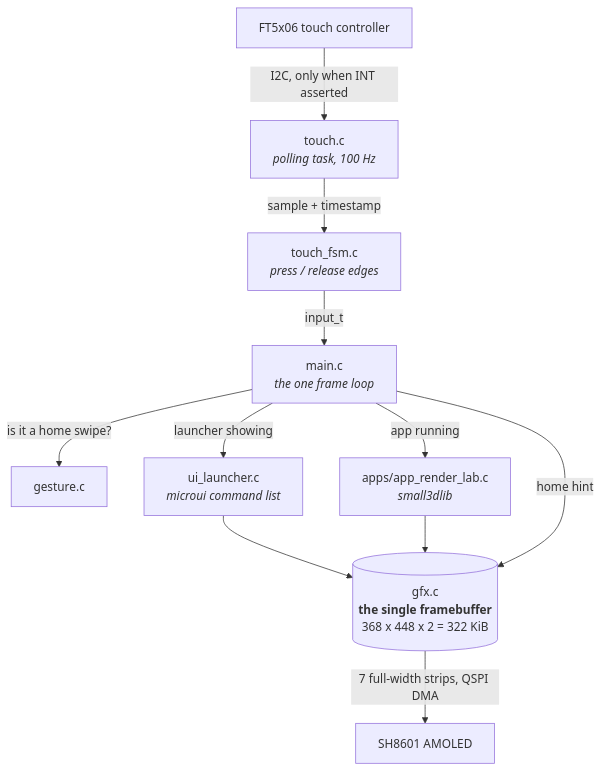
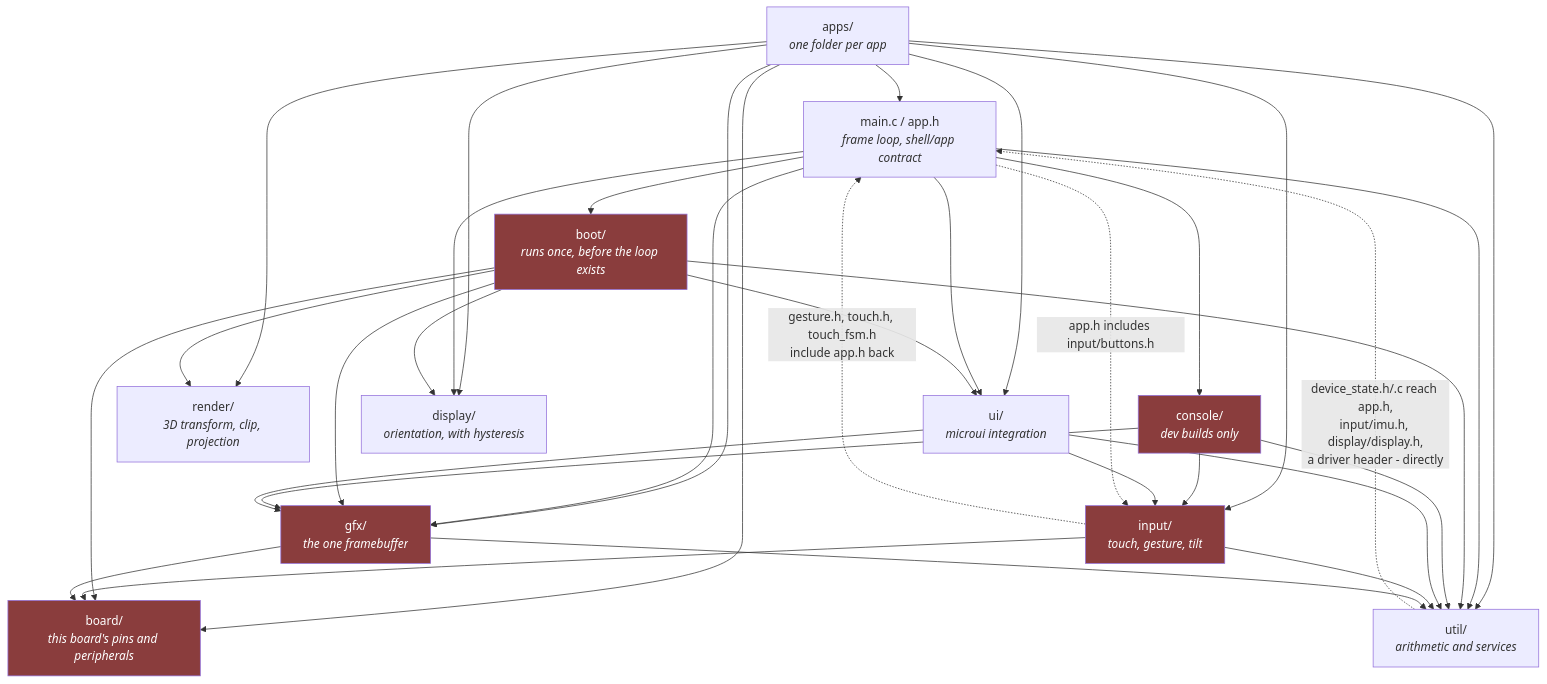
Before and after one commit to jose-villegas/autana: the first of 3 diagrams in docs/Launcher-Architecture.md, drawn with Mermaid. The commit also changed other lines of this file and 5 other files, not shown here.

````diff
--- a/docs/Launcher-Architecture.md
+++ b/docs/Launcher-Architecture.md
@@ -244,18 +245,59 @@
 ```mermaid
 flowchart TB
-    FT["FT5x06 touch controller"] -->|"I2C, only when INT asserted"| TP
-    TP["touch.c<br/><i>polling task, 100 Hz</i>"] -->|"sample + timestamp"| FSM
-    FSM["touch_fsm.c<br/><i>press / release edges</i>"] -->|"input_t"| SHELL
+    classDef hw fill:#8a3d3d,color:#fff
 
-    SHELL["main.c<br/><i>the one frame loop</i>"]
-    SHELL -->|"is it a home swipe?"| GEST["gesture.c"]
-    SHELL -->|"launcher showing"| UI["ui_launcher.c<br/><i>microui command list</i>"]
-    SHELL -->|"app running"| APP["apps/app_render_lab.c<br/><i>small3dlib</i>"]
+    Apps["apps/<br/><i>one folder per app</i>"]
+    Shell["main.c / app.h<br/><i>frame loop, shell/app contract</i>"]
+    Boot["boot/<br/><i>runs once, before the loop exists</i>"]
+    Ui["ui/<br/><i>microui integration</i>"]
+    Input["input/<br/><i>touch, gesture, tilt</i>"]
+    Render["render/<br/><i>3D transform, clip, projection</i>"]
+    Util["util/<br/><i>arithmetic and services</i>"]
+    Console["console/<br/><i>dev builds only</i>"]
+    Gfx["gfx/<br/><i>the one framebuffer</i>"]
+    Display["display/<br/><i>orientation, with hysteresis</i>"]
+    Board["board/<br/><i>this board's pins and peripherals</i>"]
 
-    UI --> FB
-    APP --> FB
-    SHELL -->|"home hint"| FB
+    class Boot,Gfx,Input,Console,Board hw
 
-    FB[("gfx.c<br/><b>the single framebuffer</b><br/>368 x 448 x 2 = 322 KiB")]
-    FB -->|"7 full-width strips, QSPI DMA"| PANEL["SH8601 AMOLED"]
+    Apps --> Shell
+    Apps --> Ui
+    Apps --> Input
+    Apps --> Render
+    Apps --> Util
+    Apps --> Gfx
+    Apps --> Display
+    Apps --> Board
+
+    Shell --> Boot
+    Shell --> Ui
+    Shell --> Console
+    Shell --> Display
+    Shell --> Gfx
+    Shell --> Util
+
+    Boot --> Board
+    Boot --> Display
+    Boot --> Gfx
+    Boot --> Render
+    Boot --> Ui
+    Boot --> Util
+
+    Console --> Gfx
+    Console --> Input
+    Console --> Util
+
+    Ui --> Gfx
+    Ui --> Input
+    Ui --> Util
+
+    Input --> Board
+    Input --> Util
+
+    Gfx --> Board
+    Gfx --> Util
+
+    Shell -.->|"app.h includes input/buttons.h"| Input
+    Input -.->|"gesture.h, touch.h, touch_fsm.h<br/>include app.h back"| Shell
+    Util -.->|"device_state.h/.c reach app.h,<br/>input/imu.h, display/display.h,<br/>a driver header - directly"| Shell
 ```
````
